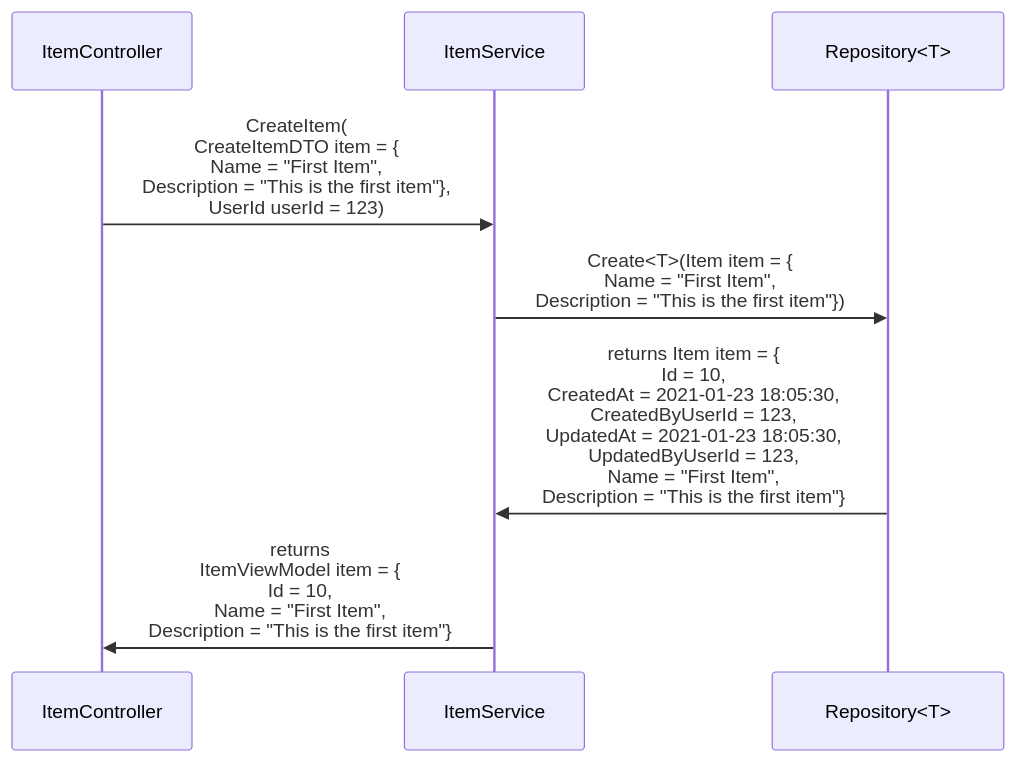
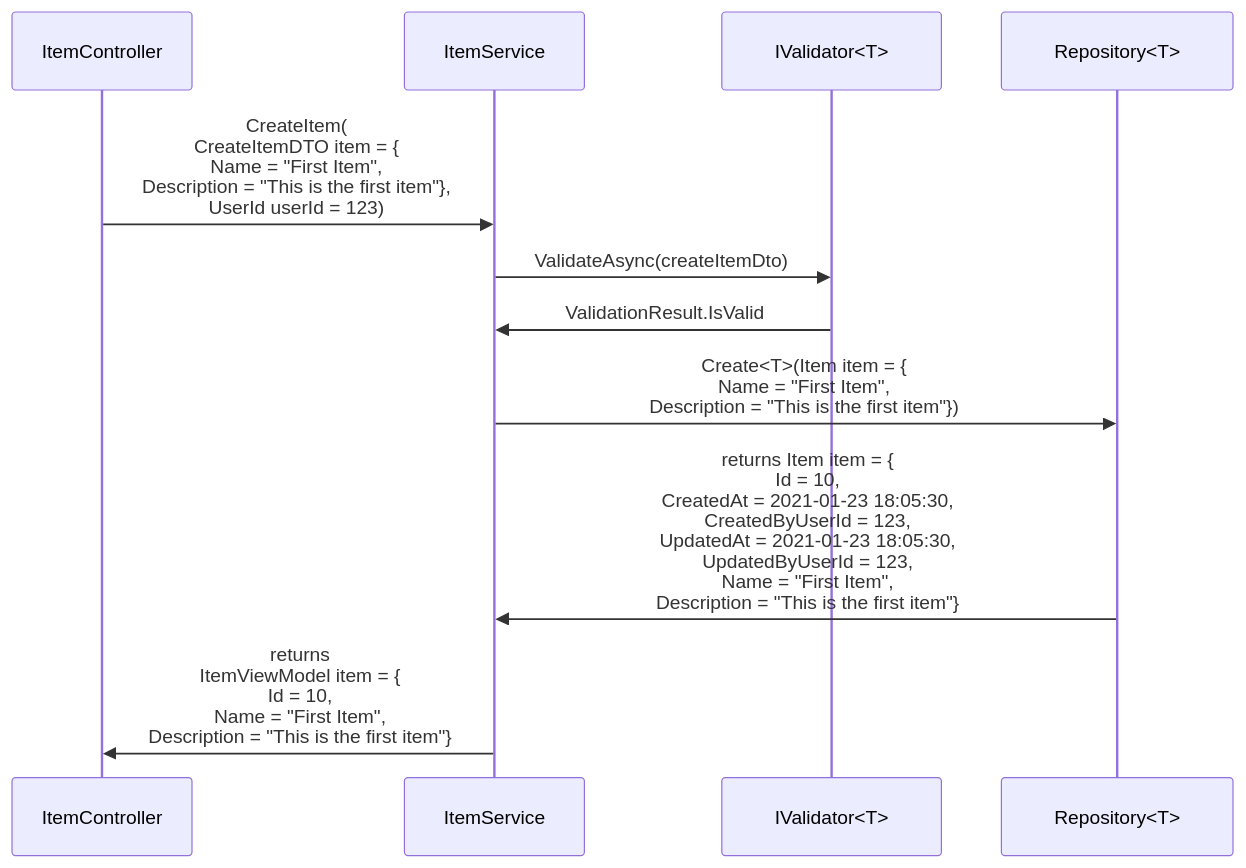
The fourth of 8 diagrams in Eraware_Dnn_Spa_Ef_Di_Stencil/module/docfx_project/articles/project-architecture.md (valadas/Eraware_Dnn_Templates), drawn with Mermaid before and after one commit. The commit also changed other lines of this file and 34 other files, not shown here.

````diff
--- a/Eraware_Dnn_Spa_Ef_Di_Stencil/module/docfx_project/articles/project-architecture.md
+++ b/Eraware_Dnn_Spa_Ef_Di_Stencil/module/docfx_project/articles/project-architecture.md
@@ -107,7 +111,9 @@
 ```mermaid
 sequenceDiagram
     ItemController ->> ItemService: CreateItem(<br/>CreateItemDTO item = {<br/>Name = "First Item",<br/>Description = "This is the first item"},<br/>UserId userId = 123)
+    ItemService ->> IValidator#lt;T#gt;: ValidateAsync(createItemDto)
+    IValidator#lt;T#gt; ->> ItemService: ValidationResult.IsValid
     ItemService ->> Repository#lt;T#gt;: Create<T>(Item item = {<br/>Name = "First Item",<br/>Description = "This is the first item"})
     Repository#lt;T#gt; ->> ItemService: returns Item item = {<br/>Id = 10,<br/>CreatedAt = 2021-01-23 18:05:30,<br/>CreatedByUserId = 123,<br/>UpdatedAt = 2021-01-23 18:05:30,<br/>UpdatedByUserId = 123,<br/>Name = "First Item",<br/>Description = "This is the first item"}
     ItemService ->> ItemController: returns<br/>ItemViewModel item = {<br/>Id = 10,<br/>Name = "First Item",<br/>Description = "This is the first item"}
 ```
````
